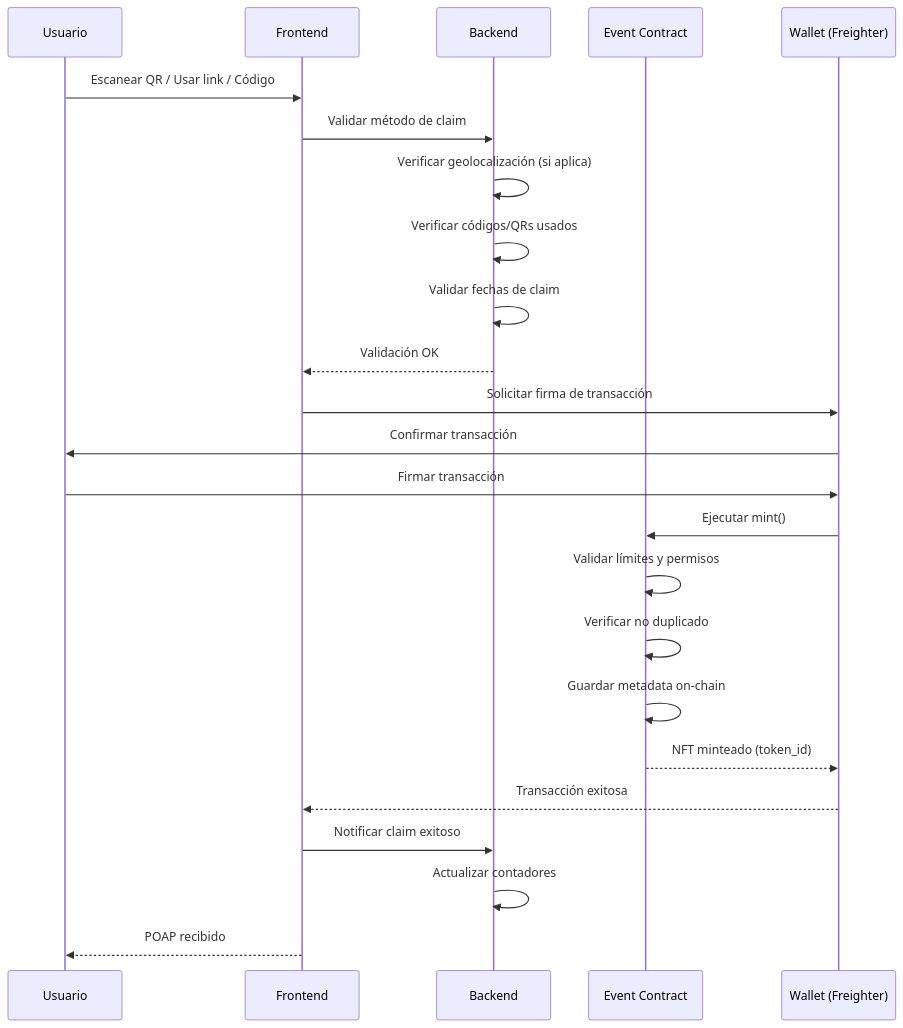
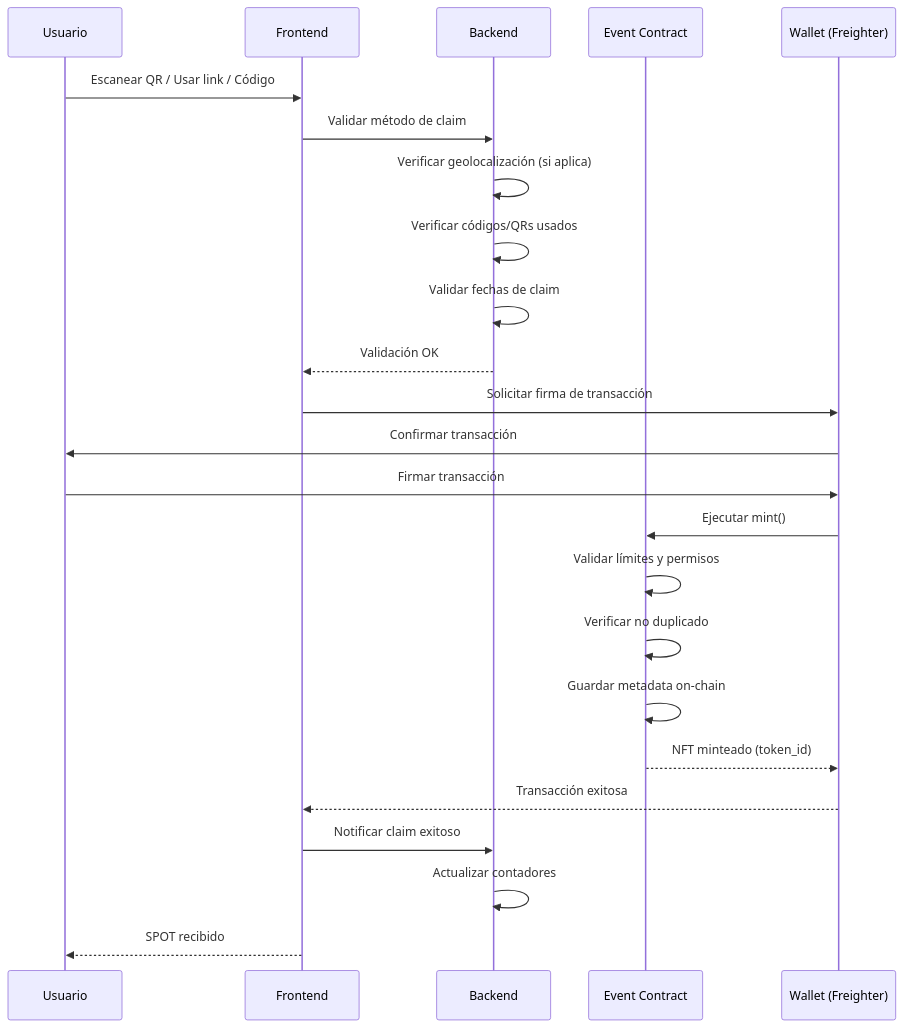
The third of 10 diagrams in docs/ARCHITECTURE.md (mesas01/hackatonArgentinaNov), drawn with Mermaid before and after one commit. The commit also changed other lines of this file and 16 other files, not shown here.

````diff
--- a/docs/ARCHITECTURE.md
+++ b/docs/ARCHITECTURE.md
@@ -81,27 +81,27 @@
 ```mermaid
 sequenceDiagram
     participant U as Usuario
     participant UI as Frontend
     participant B as Backend
     participant E as Event Contract
     participant W as Wallet (Freighter)
 
     U->>UI: Escanear QR / Usar link / Código
     UI->>B: Validar método de claim
     B->>B: Verificar geolocalización (si aplica)
     B->>B: Verificar códigos/QRs usados
     B->>B: Validar fechas de claim
     B-->>UI: Validación OK
     UI->>W: Solicitar firma de transacción
     W->>U: Confirmar transacción
     U->>W: Firmar transacción
     W->>E: Ejecutar mint()
     E->>E: Validar límites y permisos
     E->>E: Verificar no duplicado
     E->>E: Guardar metadata on-chain
     E-->>W: NFT minteado (token_id)
     W-->>UI: Transacción exitosa
     UI->>B: Notificar claim exitoso
     B->>B: Actualizar contadores
-    UI-->>U: POAP recibido
+    UI-->>U: SPOT recibido
 ```
````
